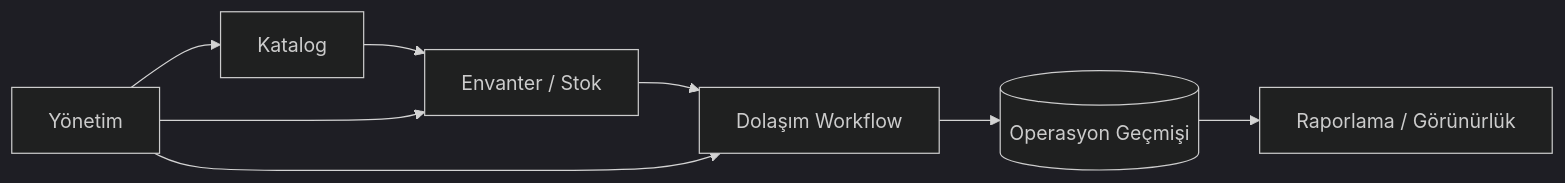
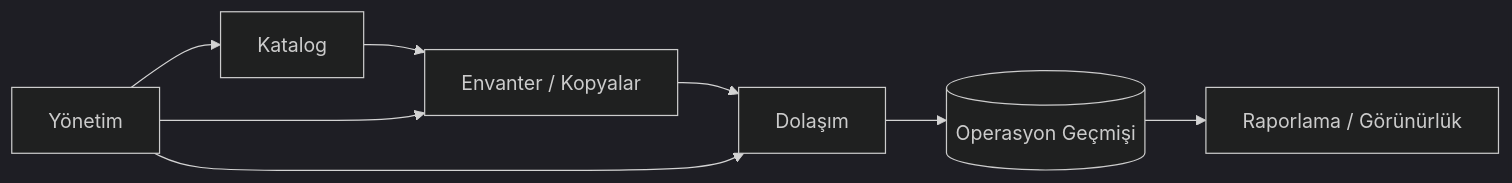
One commit to tahakubilay/library-management-system changed the diagram in README.tr.md. Above: the diagram before and after it, drawn with Mermaid (dark theme). The commit also changed other lines of this file, not shown here.

````diff
--- a/README.tr.md
+++ b/README.tr.md
@@ -62,10 +28,10 @@
 ```mermaid
 flowchart LR
-    CATALOG[Katalog] --> STOCK[Envanter / Stok]
-    STOCK --> CIRC[Dolaşım Workflow]
+    CATALOG[Katalog] --> STOCK[Envanter / Kopyalar]
+    STOCK --> CIRC[Dolaşım]
     CIRC --> HISTORY[(Operasyon Geçmişi)]
     HISTORY --> REPORT[Raporlama / Görünürlük]
     ADMIN[Yönetim] --> CATALOG
     ADMIN --> STOCK
     ADMIN --> CIRC
 ```
````
